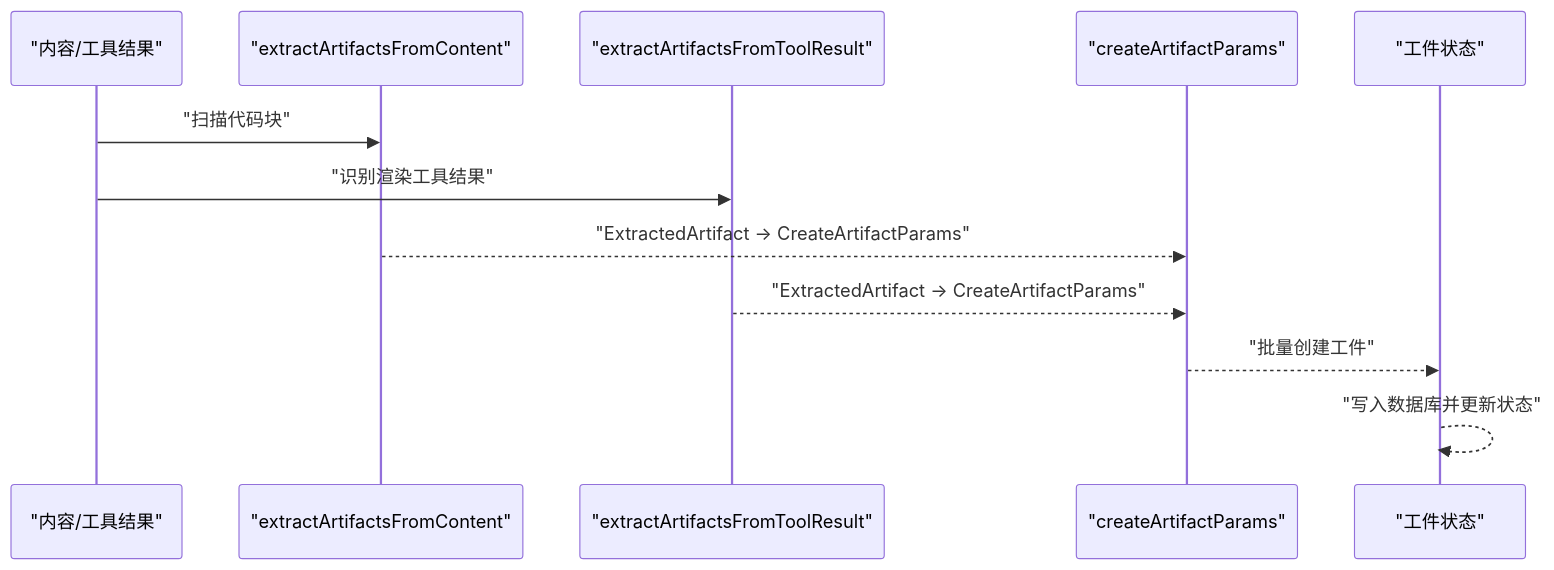
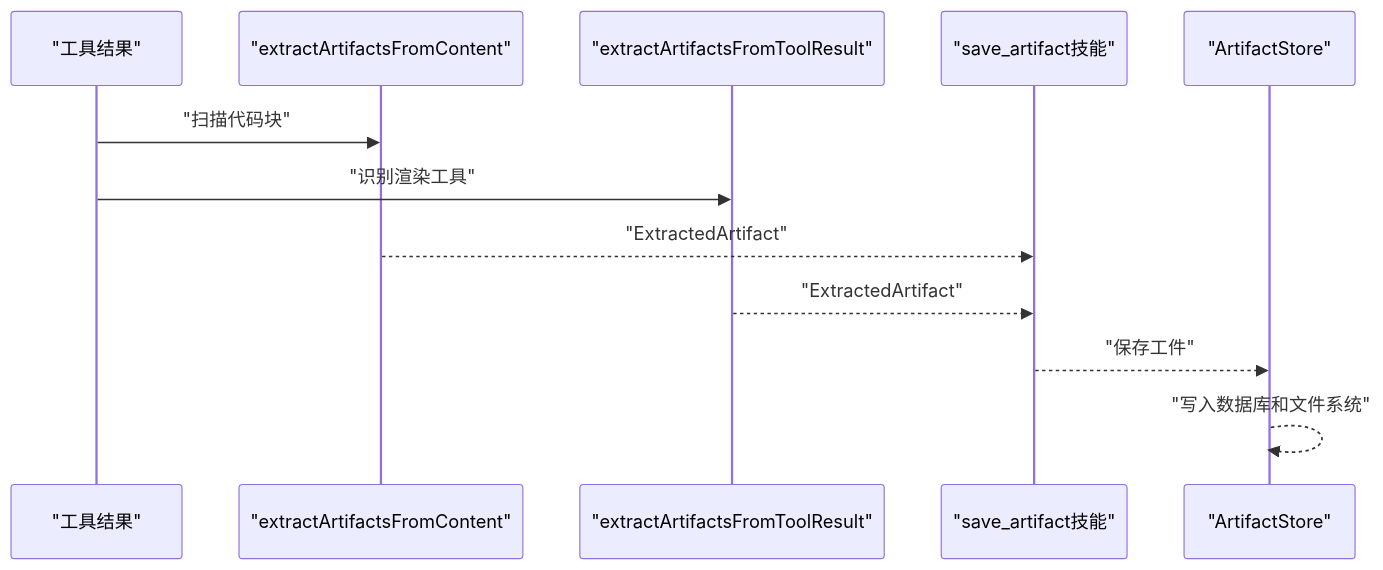
One commit to NarcisWL/Nexara changed the fifth of 9 diagrams in .qoder/repowiki/zh/content/状态管理/工件状态管理.md. Above: the diagram before and after it, drawn with Mermaid. The commit also changed other lines of this file and 43 other files, not shown here.

Commit message:
feat(rag): implement KG JIT Micro-Graph pipeline and consolidate documentation

````diff
--- a/.qoder/repowiki/zh/content/状态管理/工件状态管理.md
+++ b/.qoder/repowiki/zh/content/状态管理/工件状态管理.md
@@ -219,14 +244,14 @@
 ```mermaid
 sequenceDiagram
-participant C as "内容/工具结果"
-participant E as "extractArtifactsFromContent"
-participant ER as "extractArtifactsFromToolResult"
-participant P as "createArtifactParams"
-participant S as "工件状态"
-C->>E : "扫描代码块"
-C->>ER : "识别渲染工具结果"
-E-->>P : "ExtractedArtifact -> CreateArtifactParams"
-ER-->>P : "ExtractedArtifact -> CreateArtifactParams"
-P-->>S : "批量创建工件"
-S-->>S : "写入数据库并更新状态"
+participant TR as "工具结果"
+participant EA as "extractArtifactsFromContent"
+participant ET as "extractArtifactsFromToolResult"
+participant SA as "save_artifact技能"
+participant AS as "ArtifactStore"
+TR->>EA : "扫描代码块"
+TR->>ET : "识别渲染工具"
+EA-->>SA : "ExtractedArtifact"
+ET-->>SA : "ExtractedArtifact"
+SA-->>AS : "保存工件"
+AS-->>AS : "写入数据库和文件系统"
 ```
````
